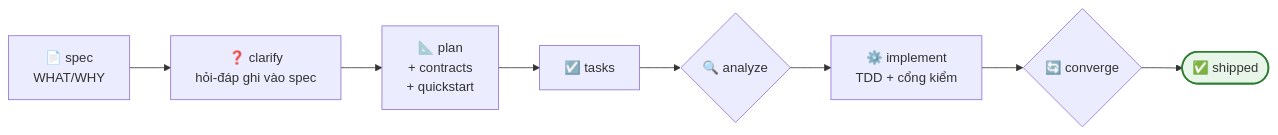
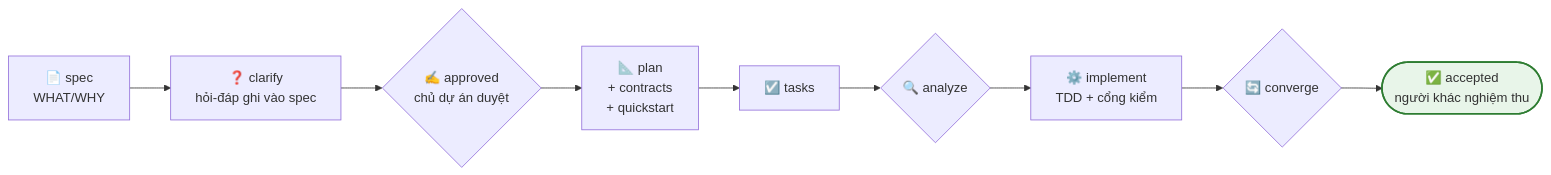
Before and after one commit to doxuta/ai-factory-kit: the second of 2 diagrams in README.vi.md, drawn with Mermaid. The commit also changed other lines of this file and 97 other files, not shown here.

````diff
--- a/README.vi.md
+++ b/README.vi.md
@@ -48,6 +64,6 @@
 ```mermaid
 flowchart LR
-    S["📄 spec<br/>WHAT/WHY"] --> C["❓ clarify<br/>hỏi-đáp ghi vào spec"] --> P["📐 plan<br/>+ contracts<br/>+ quickstart"] --> T["☑️ tasks"]
-    T --> A{"🔍 analyze"} --> I["⚙️ implement<br/>TDD + cổng kiểm"] --> V{"🔄 converge"} --> D(["✅ shipped"])
+    S["📄 spec<br/>WHAT/WHY"] --> C["❓ clarify<br/>hỏi-đáp ghi vào spec"] --> G{"✍️ approved<br/>chủ dự án duyệt"} --> P["📐 plan<br/>+ contracts<br/>+ quickstart"] --> T["☑️ tasks"]
+    T --> A{"🔍 analyze"} --> I["⚙️ implement<br/>TDD + cổng kiểm"] --> V{"🔄 converge"} --> D(["✅ accepted<br/>người khác nghiệm thu"])
     style D fill:#e8f5e9,stroke:#2e7d32,stroke-width:2px
 ```
````
